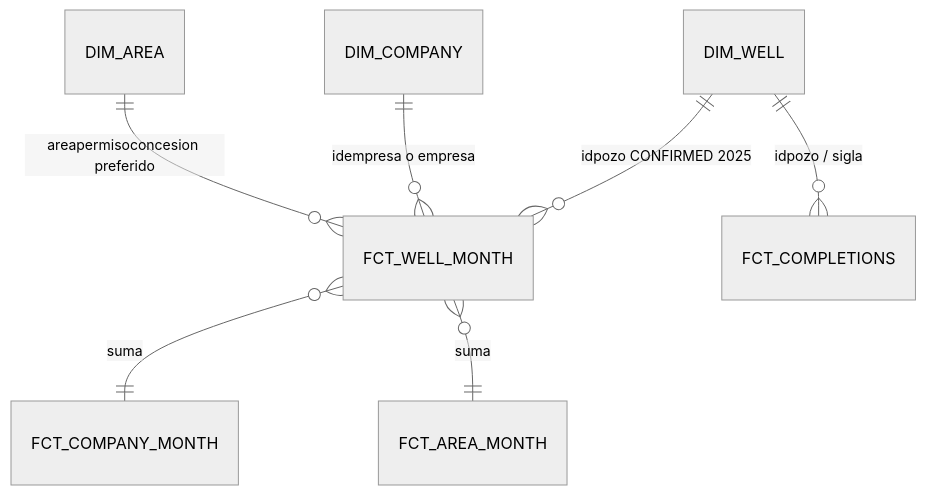
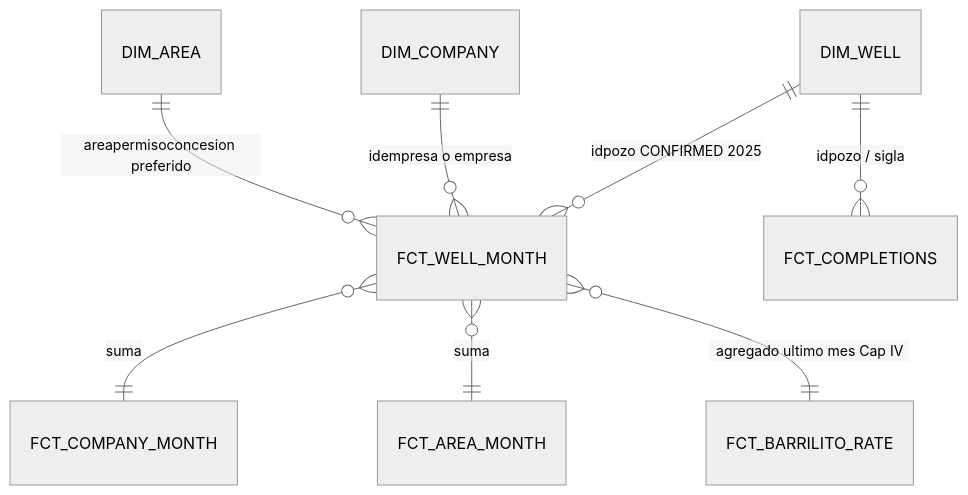
One commit to nrohland/vaca-muerta-pulse changed the diagram in specs/001-vaca-muerta-pulse/data-model.md. Above: the diagram before and after it, drawn with Mermaid (neutral theme). The commit also changed other lines of this file and 7 other files, not shown here.

````diff
--- a/specs/001-vaca-muerta-pulse/data-model.md
+++ b/specs/001-vaca-muerta-pulse/data-model.md
@@ -150,9 +217,10 @@
 ```mermaid
 erDiagram
   DIM_WELL ||--o{ FCT_WELL_MONTH : "idpozo CONFIRMED 2025"
   DIM_COMPANY ||--o{ FCT_WELL_MONTH : "idempresa o empresa"
   DIM_AREA ||--o{ FCT_WELL_MONTH : "areapermisoconcesion preferido"
   FCT_WELL_MONTH }o--|| FCT_COMPANY_MONTH : "suma"
   FCT_WELL_MONTH }o--|| FCT_AREA_MONTH : "suma"
+  FCT_WELL_MONTH }o--|| FCT_BARRILITO_RATE : "agregado ultimo mes Cap IV"
   DIM_WELL ||--o{ FCT_COMPLETIONS : "idpozo / sigla"
 ```
````
